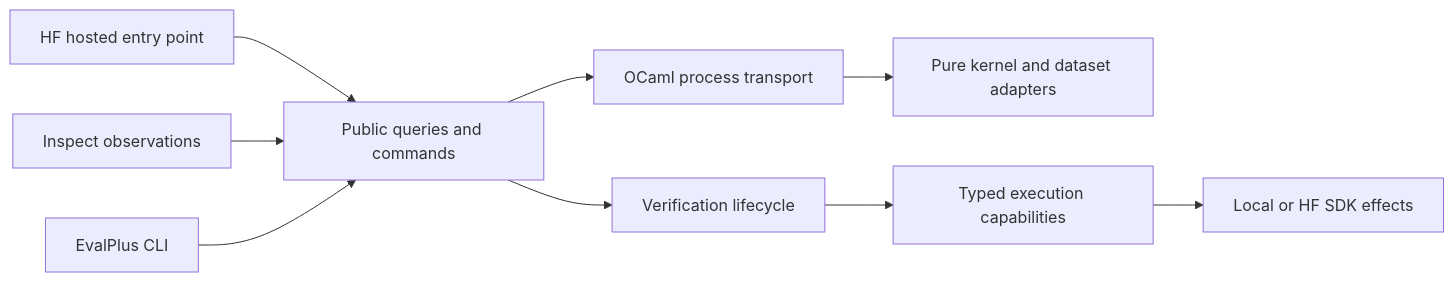
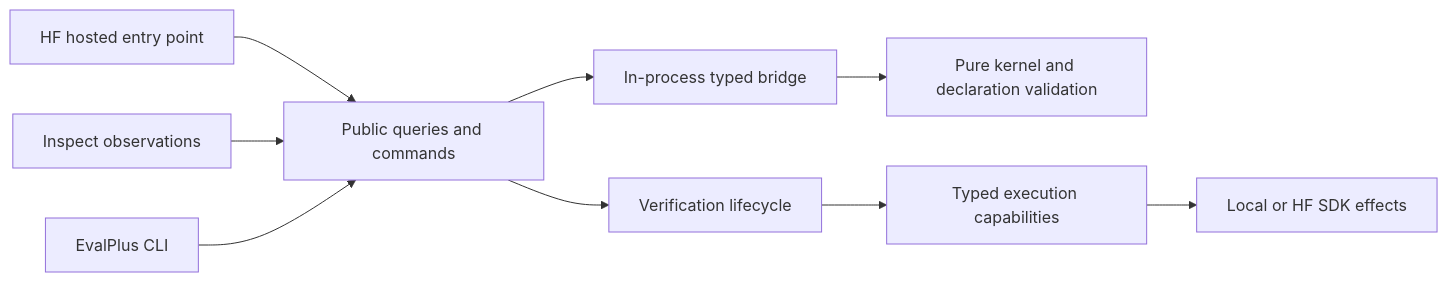
One commit to shaquan1228/genius changed the diagram in evals/README.md. Above: the diagram before and after it, drawn with Mermaid. The commit also changed other lines of this file and 87 other files, not shown here.

First line of the commit message:
refactor(evals): expose typed OCaml APIs for Python datasets (#92)

````diff
--- a/evals/README.md
+++ b/evals/README.md
@@ -13,11 +13,11 @@
 ```mermaid
 flowchart LR
   J[HF hosted entry point] --> C[Public queries and commands]
   I[Inspect observations] --> C
   E[EvalPlus CLI] --> C
-  C --> T[OCaml process transport]
-  T --> K[Pure kernel and dataset adapters]
+  C --> T[In-process typed bridge]
+  T --> K[Pure kernel and declaration validation]
   C --> V[Verification lifecycle]
   V --> P[Typed execution capabilities]
   P --> A[Local or HF SDK effects]
 ```
````
